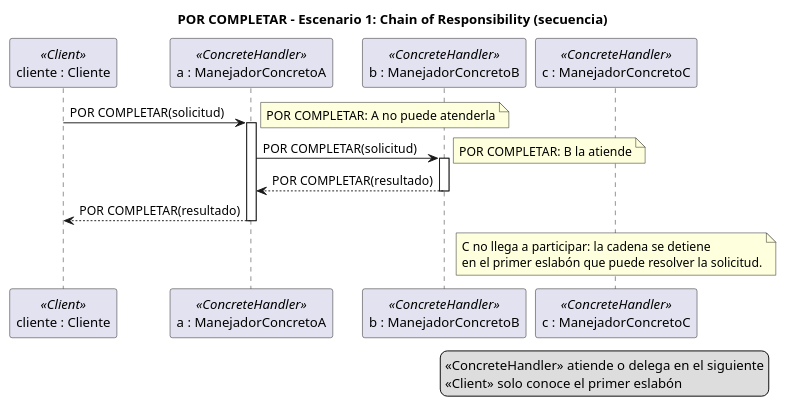
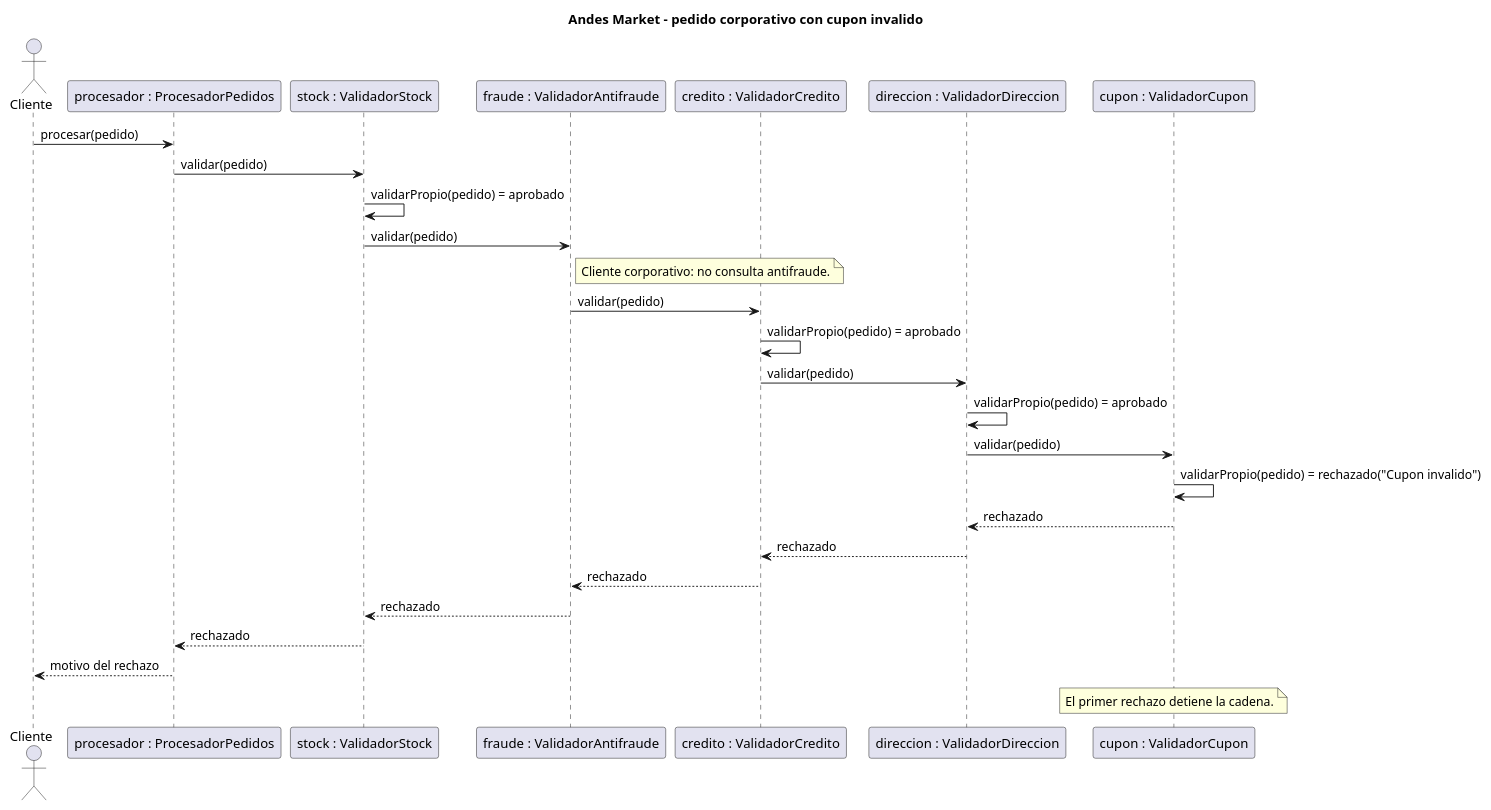
One commit to ups-master/pds-actividad-03-grupo-01 changed the diagram in escenario-1-chain-of-responsibility/uml/chainE1_secuencia.puml. Above: the diagram before and after it, drawn with PlantUML. The commit also changed 6 other files, not shown here.

Commit message:
Escenario 1: modelar cadena de validacion de pedidos

```diff
--- a/escenario-1-chain-of-responsibility/uml/chainE1_secuencia.puml
+++ b/escenario-1-chain-of-responsibility/uml/chainE1_secuencia.puml
@@ -1,33 +1,28 @@
 @startuml
-title POR COMPLETAR - Escenario 1: Chain of Responsibility (secuencia)
-
-skinparam sequenceMessageAlign left
-
-participant "cliente : Cliente" as cli <<Client>>
-participant "a : ManejadorConcretoA" as a <<ConcreteHandler>>
-participant "b : ManejadorConcretoB" as b <<ConcreteHandler>>
-participant "c : ManejadorConcretoC" as c <<ConcreteHandler>>
-
-' POR COMPLETAR: reemplazar los mensajes y las notas por los del escenario.
-cli -> a : POR COMPLETAR(solicitud)
-activate a
-note right : POR COMPLETAR: A no puede atenderla
-a -> b : POR COMPLETAR(solicitud)
-activate b
-note right : POR COMPLETAR: B la atiende
-b --> a : POR COMPLETAR(resultado)
-deactivate b
-a --> cli : POR COMPLETAR(resultado)
-deactivate a
-
-note over c
-  C no llega a participar: la cadena se detiene
-  en el primer eslabón que puede resolver la solicitud.
-end note
-
-legend right
-  <<ConcreteHandler>> atiende o delega en el siguiente
-  <<Client>> solo conoce el primer eslabón
-endlegend
-
+title Andes Market - pedido corporativo con cupon invalido
+actor Cliente
+participant "procesador : ProcesadorPedidos" as p
+participant "stock : ValidadorStock" as s
+participant "fraude : ValidadorAntifraude" as f
+participant "credito : ValidadorCredito" as c
+participant "direccion : ValidadorDireccion" as d
+participant "cupon : ValidadorCupon" as u
+Cliente -> p : procesar(pedido)
+p -> s : validar(pedido)
+s -> s : validarPropio(pedido) = aprobado
+s -> f : validar(pedido)
+note right of f : Cliente corporativo: no consulta antifraude.
+f -> c : validar(pedido)
+c -> c : validarPropio(pedido) = aprobado
+c -> d : validar(pedido)
+d -> d : validarPropio(pedido) = aprobado
+d -> u : validar(pedido)
+u -> u : validarPropio(pedido) = rechazado("Cupon invalido")
+u --> d : rechazado
+d --> c : rechazado
+c --> f : rechazado
+f --> s : rechazado
+s --> p : rechazado
+p --> Cliente : motivo del rechazo
+note over u : El primer rechazo detiene la cadena.
 @enduml
```
